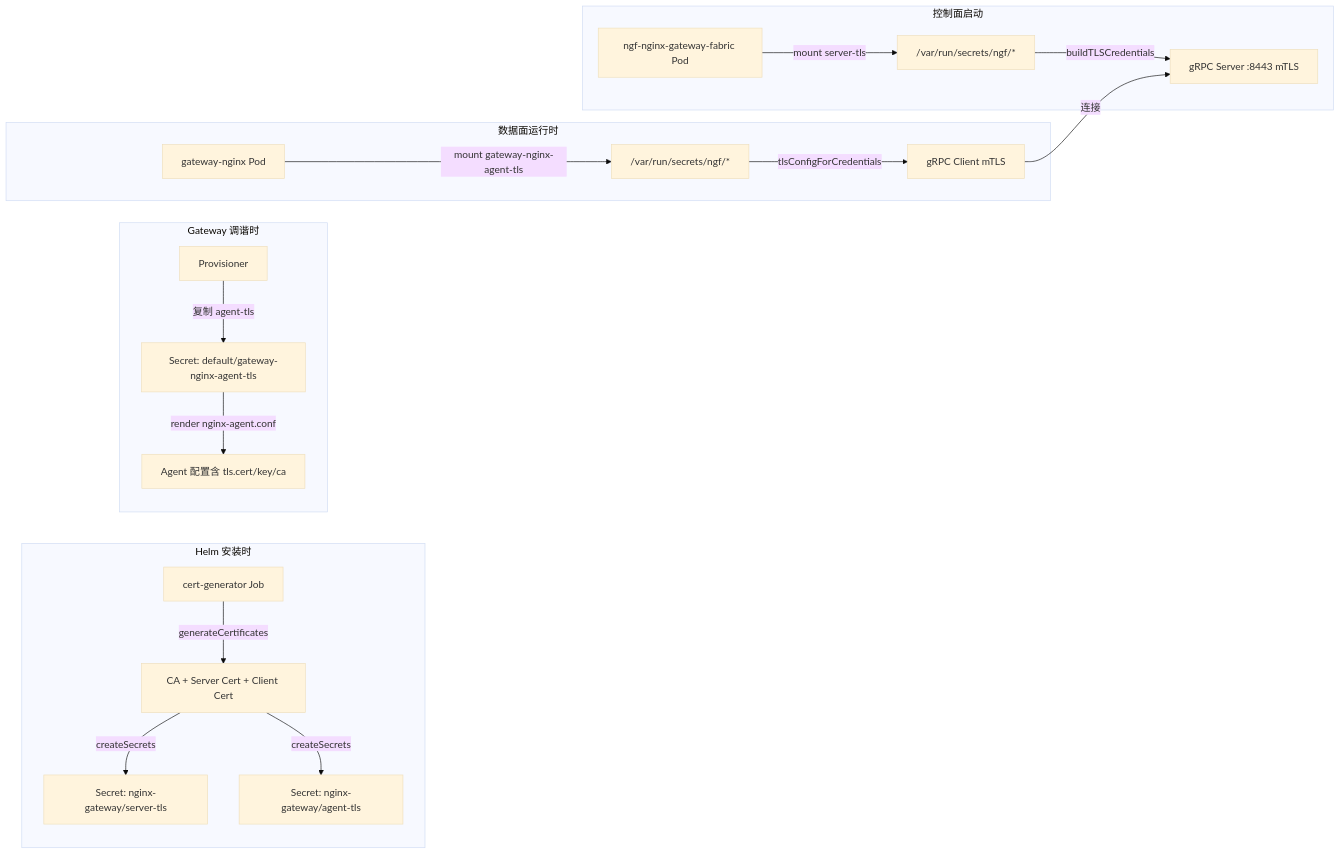
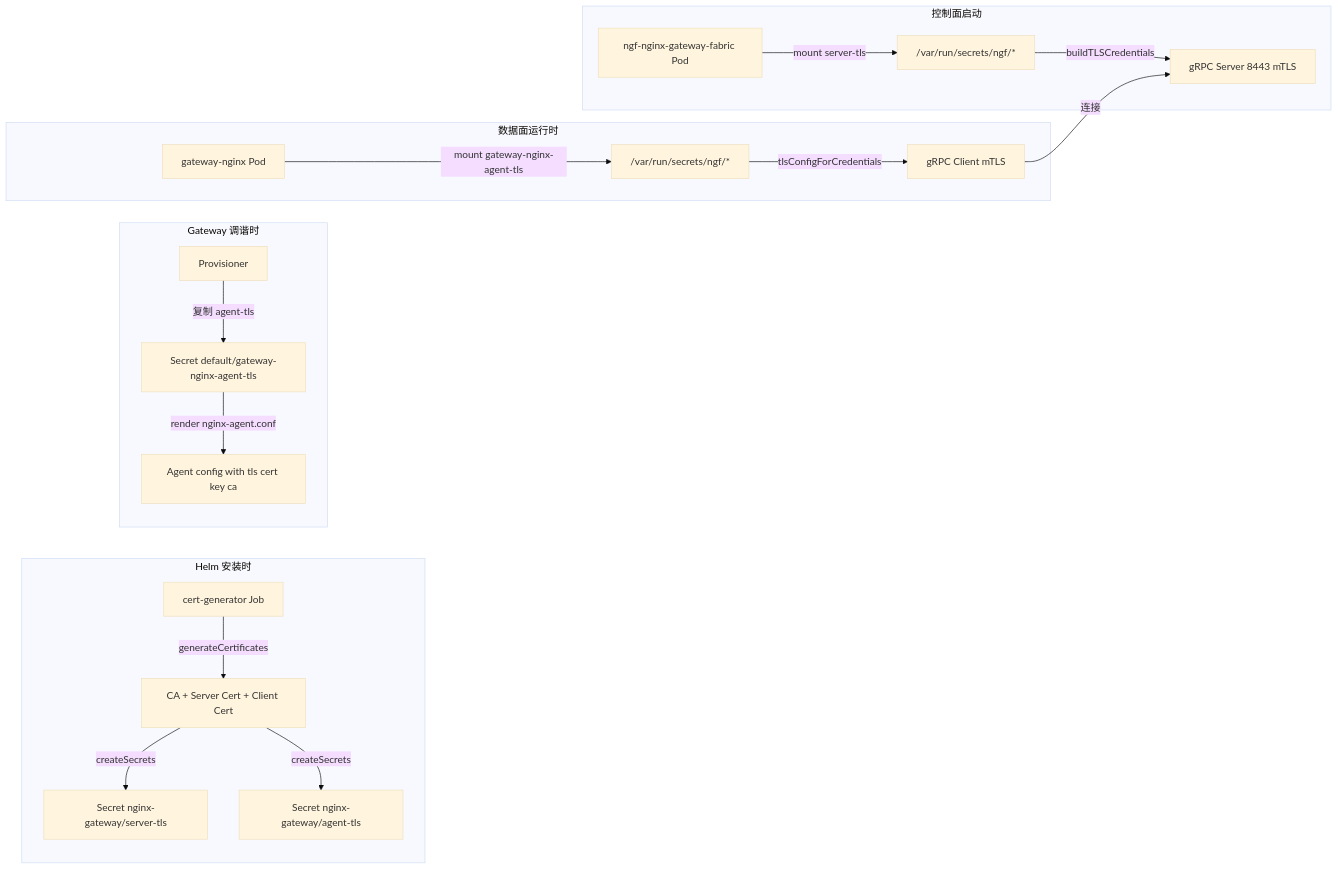
One commit to trynocoding/nginx-gateway-fabric changed the third of 5 diagrams in docs/tls-analysis-obsidian.md. Above: the diagram before and after it, drawn with Mermaid (base theme). The commit also changed other lines of this file, not shown here.

First line of the commit message:
Fix mermaid rendering errors in TLS analysis doc

````diff
--- a/docs/tls-analysis-obsidian.md
+++ b/docs/tls-analysis-obsidian.md
@@ -387,24 +387,24 @@
 ```mermaid
 flowchart LR
-    subgraph "Helm 安装时"
-        H1[cert-generator Job] -->|generateCertificates| H2[CA + Server Cert + Client Cert]
-        H2 -->|createSecrets| H3["Secret: nginx-gateway/server-tls"]
-        H2 -->|createSecrets| H4["Secret: nginx-gateway/agent-tls"]
+    subgraph S1["Helm 安装时"]
+        H1["cert-generator Job"] -->|generateCertificates| H2["CA + Server Cert + Client Cert"]
+        H2 -->|createSecrets| H3["Secret nginx-gateway/server-tls"]
+        H2 -->|createSecrets| H4["Secret nginx-gateway/agent-tls"]
     end
 
-    subgraph "控制面启动"
-        C1[ngf-nginx-gateway-fabric Pod] -->|mount server-tls| C2["/var/run/secrets/ngf/*"]
-        C2 -->|buildTLSCredentials| C3[gRPC Server :8443 mTLS]
+    subgraph S2["控制面启动"]
+        C1["ngf-nginx-gateway-fabric Pod"] -->|mount server-tls| C2["/var/run/secrets/ngf/*"]
+        C2 -->|buildTLSCredentials| C3["gRPC Server 8443 mTLS"]
     end
 
-    subgraph "Gateway 调谐时"
-        P1[Provisioner] -->|复制 agent-tls| P2["Secret: default/gateway-nginx-agent-tls"]
-        P2 -->|render nginx-agent.conf| P3[Agent 配置含 tls.cert/key/ca]
+    subgraph S3["Gateway 调谐时"]
+        P1["Provisioner"] -->|复制 agent-tls| P2["Secret default/gateway-nginx-agent-tls"]
+        P2 -->|render nginx-agent.conf| P3["Agent config with tls cert key ca"]
     end
 
-    subgraph "数据面运行时"
-        D1[gateway-nginx Pod] -->|mount gateway-nginx-agent-tls| D2["/var/run/secrets/ngf/*"]
-        D2 -->|tlsConfigForCredentials| D3[gRPC Client mTLS]
+    subgraph S4["数据面运行时"]
+        D1["gateway-nginx Pod"] -->|mount gateway-nginx-agent-tls| D2["/var/run/secrets/ngf/*"]
+        D2 -->|tlsConfigForCredentials| D3["gRPC Client mTLS"]
         D3 -->|连接| C3
     end
 ```
````
